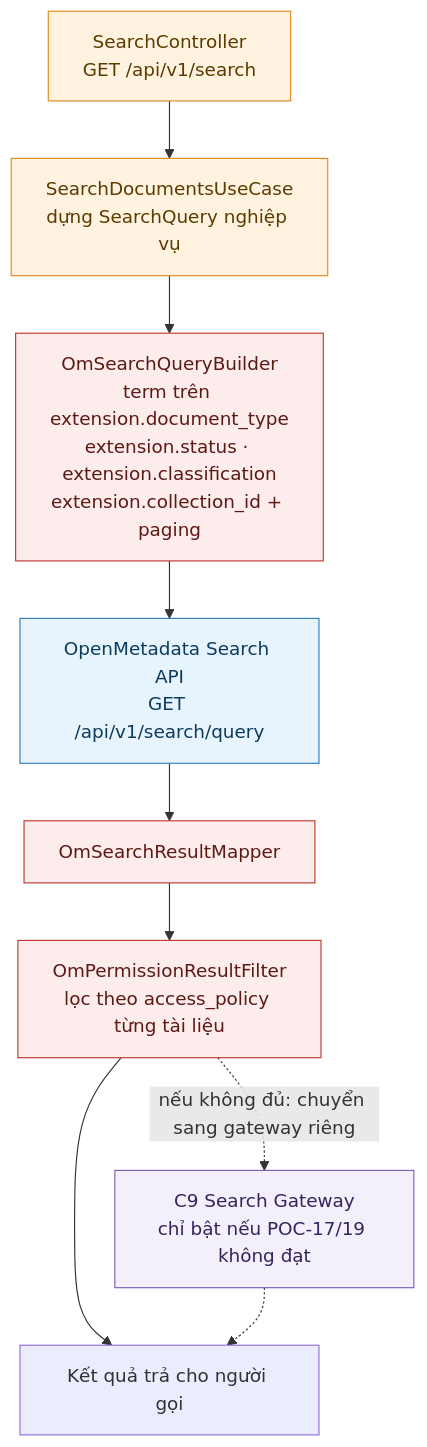
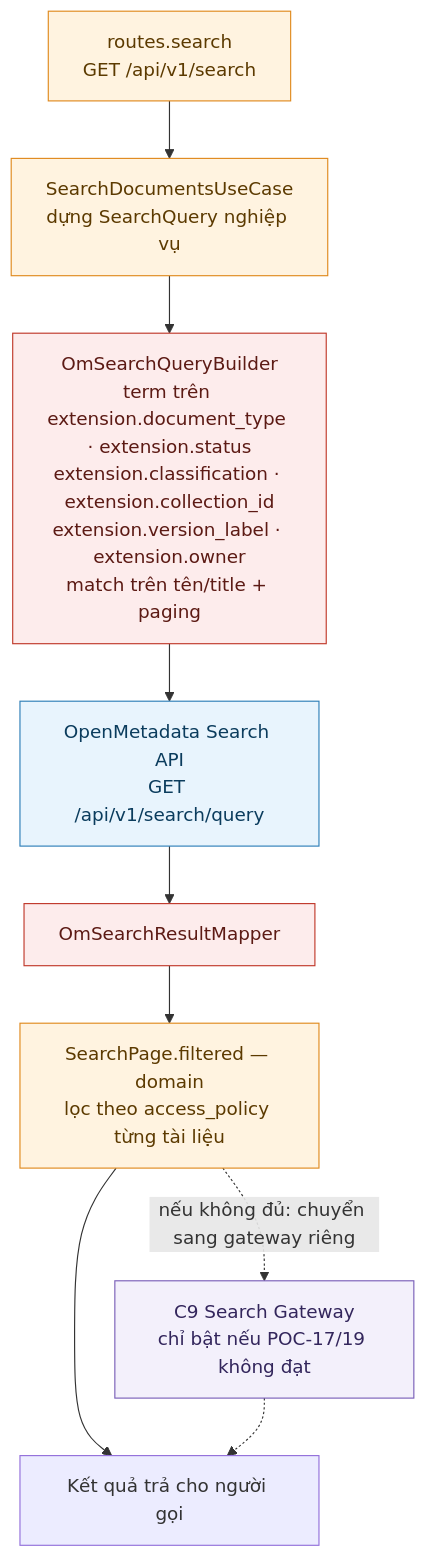
Before and after one commit to Phanlacan12/raw-storage: the seventh of 14 diagrams in docs/c4-04b-code-structure.md, drawn with Mermaid. The commit also changed other lines of this file and 12 other files, not shown here.

````diff
--- a/docs/c4-04b-code-structure.md
+++ b/docs/c4-04b-code-structure.md
@@ -664,30 +698,31 @@
 ```mermaid
 flowchart TB
     classDef app fill:#FFF3E0,stroke:#E08A1E,color:#5C3A00
     classDef adp fill:#FDECEC,stroke:#C0392B,color:#5C1A14
     classDef port fill:#F3F0FB,stroke:#7A5FB8,color:#33265C
     classDef builtin fill:#E8F4FD,stroke:#2E7FB8,color:#0B3C5D
 
-    Q["SearchController<br/>GET /api/v1/search"]
+    Q["routes.search<br/>GET /api/v1/search"]
     UC["SearchDocumentsUseCase<br/>dựng SearchQuery nghiệp vụ"]
-    QB["OmSearchQueryBuilder<br/>term trên extension.document_type<br/>extension.status · extension.classification<br/>extension.collection_id + paging"]
+    QB["OmSearchQueryBuilder<br/>term trên extension.document_type · extension.status<br/>extension.classification · extension.collection_id<br/>extension.version_label · extension.owner<br/>match trên tên/title + paging"]
     OM["OpenMetadata Search API<br/>GET /api/v1/search/query"]
     RM["OmSearchResultMapper"]
-    PF["OmPermissionResultFilter<br/>lọc theo access_policy từng tài liệu"]
+    PF["SearchPage.filtered — domain<br/>lọc theo access_policy từng tài liệu"]
     GW["C9 Search Gateway<br/>chỉ bật nếu POC-17/19 không đạt"]
     OUT["Kết quả trả cho người gọi"]
 
     Q --> UC
     UC --> QB
     QB --> OM
     OM --> RM
     RM --> PF
     PF --> OUT
     PF -.->|"nếu không đủ: chuyển sang gateway riêng"| GW
     GW -.-> OUT
 
     class Q,UC app
-    class QB,RM,PF adp
+    class QB,RM adp
+    class PF app
     class OM builtin
     class GW port
 ```
````
